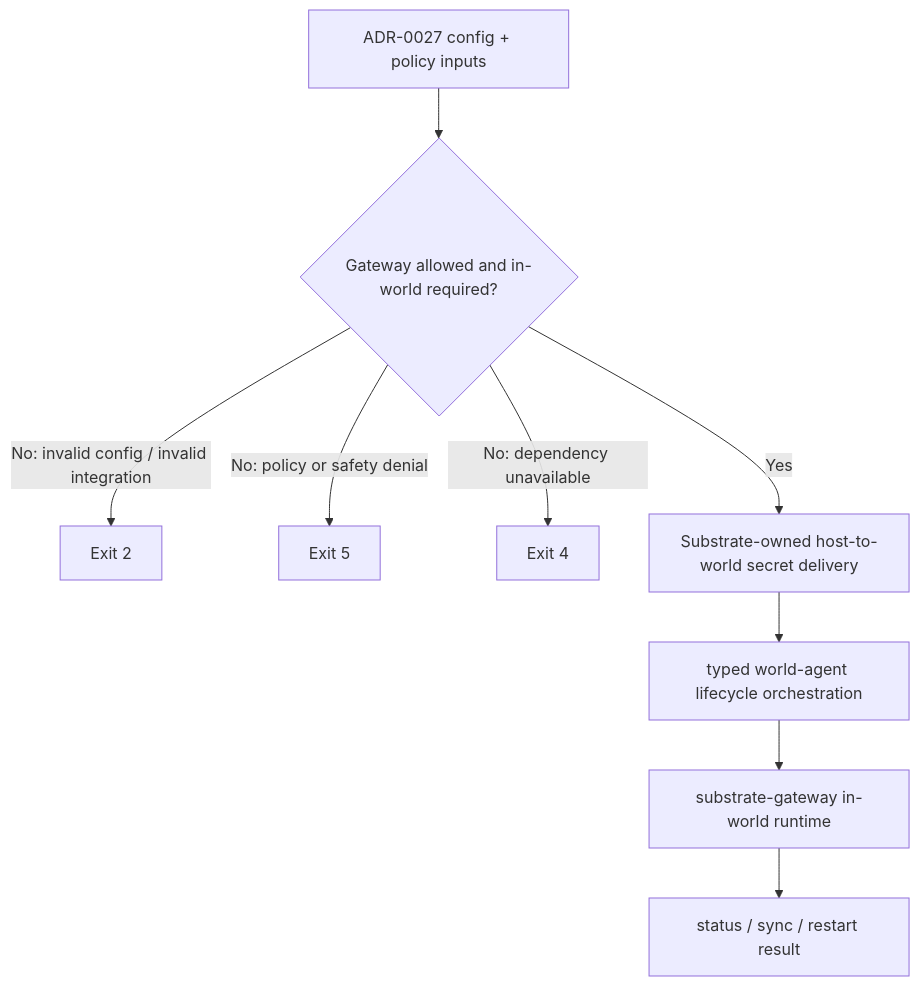
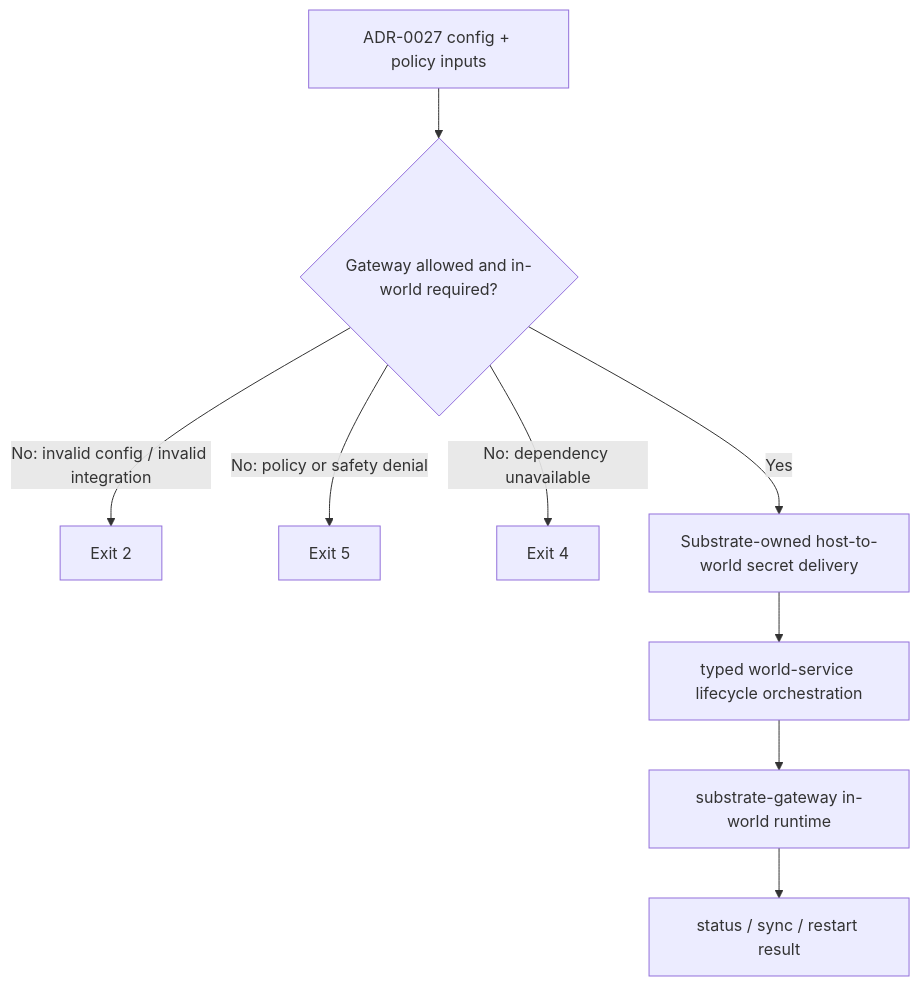
One commit to atomize-hq/substrate changed the third of 4 diagrams in docs/project_management/packs/draft/substrate-gateway-boundary-and-runtime-ownership-fse/review_surfaces.md. Above: the diagram before and after it, drawn with Mermaid. The commit also changed other lines of this file and 590 other files, not shown here.

````diff
--- a/docs/project_management/packs/draft/substrate-gateway-boundary-and-runtime-ownership-fse/review_surfaces.md
+++ b/docs/project_management/packs/draft/substrate-gateway-boundary-and-runtime-ownership-fse/review_surfaces.md
@@ -33,11 +33,11 @@
 ```mermaid
 flowchart TB
   CFG["ADR-0027 config + policy inputs"] --> DEC{"Gateway allowed and in-world required?"}
   DEC -->|"No: invalid config / invalid integration"| EC2["Exit 2"]
   DEC -->|"No: policy or safety denial"| EC5["Exit 5"]
   DEC -->|"No: dependency unavailable"| EC4["Exit 4"]
   DEC -->|"Yes"| SD["Substrate-owned host-to-world secret delivery"]
-  SD --> WA["typed world-agent lifecycle orchestration"]
+  SD --> WA["typed world-service lifecycle orchestration"]
   WA --> GW["substrate-gateway in-world runtime"]
   GW --> RS["status / sync / restart result"]
 ```
````
